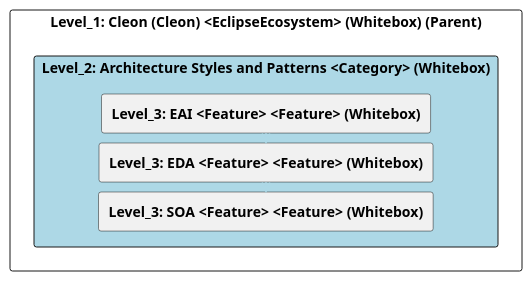
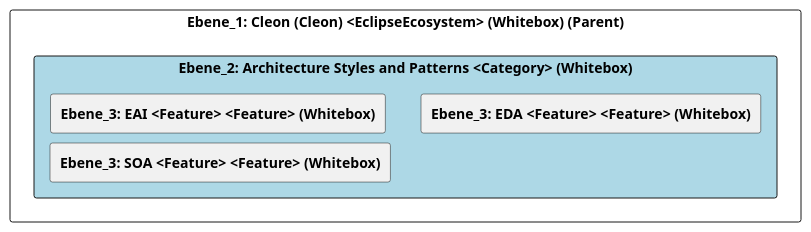
One commit to marcozwyssig/cleon changed the diagram in doc/cleonproject_deliverables_architecture_model_architecture/adoc/de/05_bausteinsicht/cleon/architecture_styles_and_patterns/ebene_2_architecture_styles_and_patterns.adoc. Above: the diagram before and after it, drawn with PlantUML. The commit also changed other lines of this file and 150 other files, not shown here.

```diff
--- a/doc/cleonproject_deliverables_architecture_model_architecture/adoc/de/05_bausteinsicht/cleon/architecture_styles_and_patterns/ebene_2_architecture_styles_and_patterns.adoc
+++ b/doc/cleonproject_deliverables_architecture_model_architecture/adoc/de/05_bausteinsicht/cleon/architecture_styles_and_patterns/ebene_2_architecture_styles_and_patterns.adoc
@@ -24,30 +24,26 @@
-[plantuml, Level_2: Architecture Styles and Patterns <Category> (Whitebox)BlockOverview, format="svg"]
+[plantuml, Ebene_2: Architecture Styles and Patterns <Category> (Whitebox)BlockOverview, format="svg"]
 ----
-@startuml Level_2: Architecture Styles and Patterns <Category> (Whitebox)BuildingBlockOverview
+@startuml Ebene_2: Architecture Styles and Patterns <Category> (Whitebox)BuildingBlockOverview
 
 skinparam ranksep 10
 skinparam componentStyle rectangle
 skinparam shadowing false
 skinparam arrowColor lightblue
 skinparam arrowThickness 1.2
 skinparam rectangle {
   BackgroundColor White
   BorderColor #333
   RoundCorner 10
 }
 top to bottom direction
 
-component "Level_1: Cleon (Cleon) <EclipseEcosystem> (Whitebox) (Parent)" {
-    component "Level_2: Architecture Styles and Patterns <Category> (Whitebox)" #lightblue {
-        [**Level_3: EAI <Feature> <Feature> (Whitebox)**] as 49055818_D579_11EE_903E_9F564E4DE07E
-        [**Level_3: EDA <Feature> <Feature> (Whitebox)**] as 49057F3D_D579_11EE_903E_9F564E4DE07E
-        [**Level_3: SOA <Feature> <Feature> (Whitebox)**] as 4905A650_D579_11EE_903E_9F564E4DE07E
+component "Ebene_1: Cleon (Cleon) <EclipseEcosystem> (Whitebox) (Parent)" {
+    component "Ebene_2: Architecture Styles and Patterns <Category> (Whitebox)" #lightblue {
+        [**Ebene_3: EAI <Feature> <Feature> (Whitebox)**] as 49055818_D579_11EE_903E_9F564E4DE07E
+        [**Ebene_3: EDA <Feature> <Feature> (Whitebox)**] as 49057F3D_D579_11EE_903E_9F564E4DE07E
+        [**Ebene_3: SOA <Feature> <Feature> (Whitebox)**] as 4905A650_D579_11EE_903E_9F564E4DE07E
     }
-
-    49055818_D579_11EE_903E_9F564E4DE07E -down-> 49057F3D_D579_11EE_903E_9F564E4DE07E
-    49057F3D_D579_11EE_903E_9F564E4DE07E -down-> 4905A650_D579_11EE_903E_9F564E4DE07E
-    
 }
 
 @enduml
 ----
```
